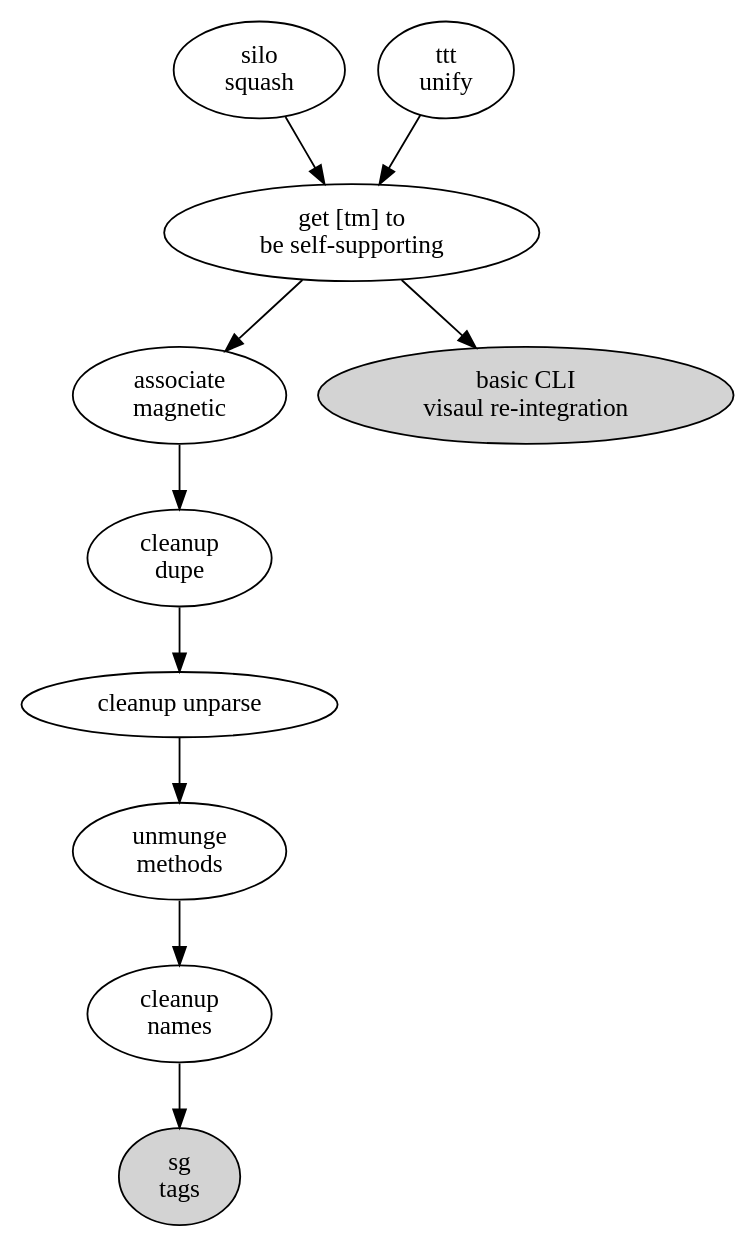
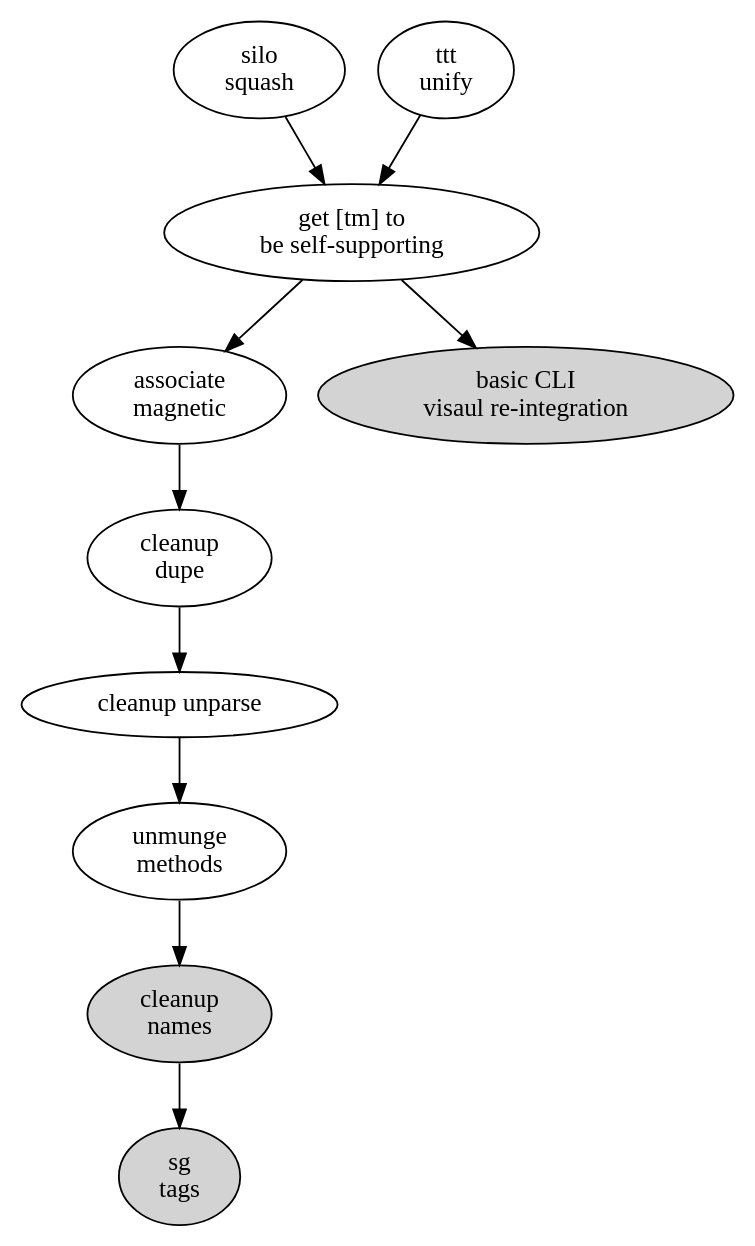
The diagram in lib/skylab/tan-man/doc/the-big-picture-of-now.dot (hipe/tmx), drawn with Graphviz before and after one commit. The commit also changed 19 other files, not shown here.

```diff
--- a/lib/skylab/tan-man/doc/the-big-picture-of-now.dot
+++ b/lib/skylab/tan-man/doc/the-big-picture-of-now.dot
@@ -1,26 +1,26 @@
 digraph{
 
   am [ label="associate\nmagnetic" ]
   cd [ label="cleanup\ndupe" ]
   cv [ label="basic CLI\nvisaul re-integration" style=filled ]
-  cn [ label="cleanup\nnames" ]
+  cn [ label="cleanup\nnames" style=filled ]
   si [ label="silo\nsquash" ]
   ss [ label="get [tm] to\nbe self-supporting" ]
   st [ label="sg\ntags" style=filled ]
   tu [ label="ttt\nunify" ]
   um [ label="unmunge\nmethods" ]
   up [ label="cleanup unparse" ]
 
   am -> cd
   cd -> up
   cn -> st
   si -> ss
   ss -> cv
   ss -> am
   tu -> ss
   um -> cn
   up -> um
 
   # that one color of blue: fillcolor="#b5d5fb" style=filled
 
 }
```
